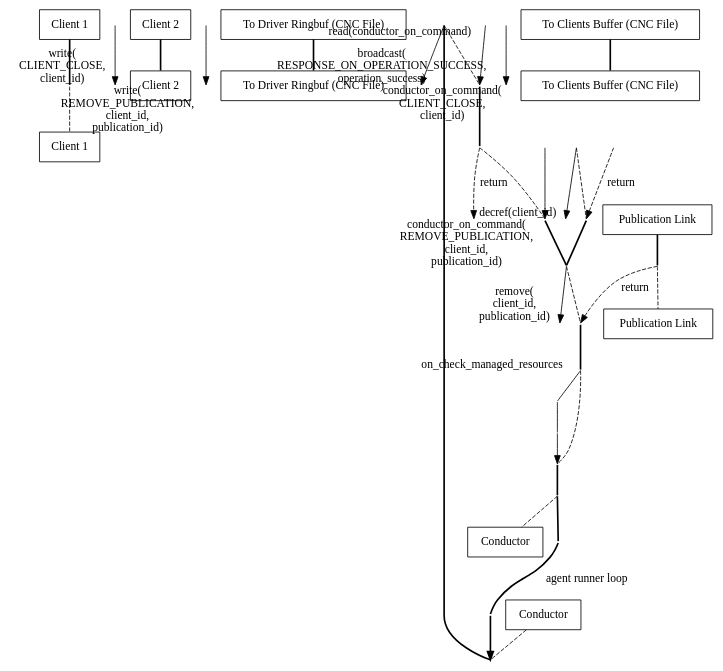
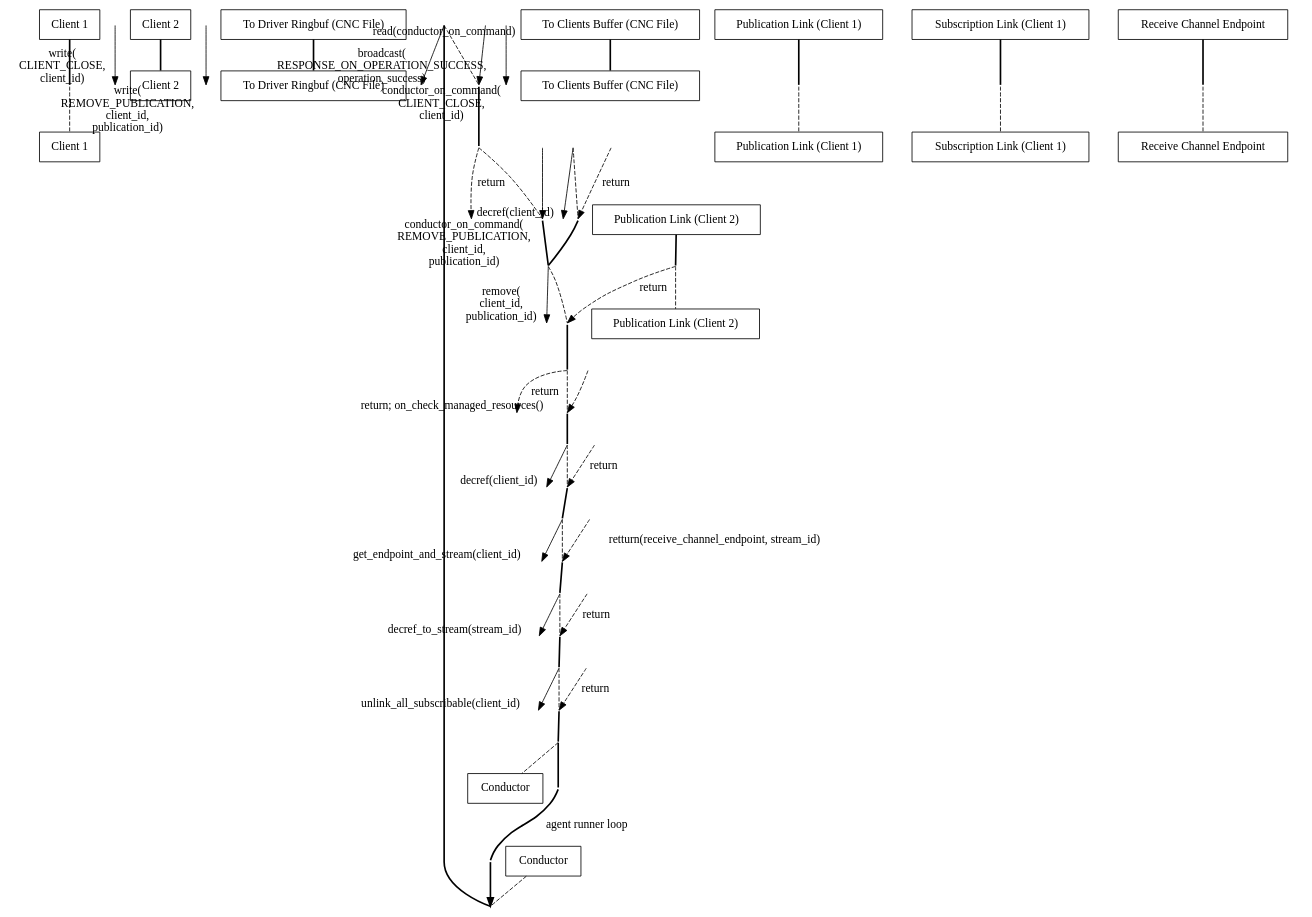
One commit to khklau/aeron-dpdk-driver changed the diagram in doc/remove_publication.dot. Above: the diagram before and after it, drawn with Graphviz.

Commit message:
adding more details to on_check_managed_resources but still some missing

```diff
--- a/doc/remove_publication.dot
+++ b/doc/remove_publication.dot
@@ -1,86 +1,135 @@
 // aeron_client_delete
 
 digraph remove_publication_sequence_diagram {
   client1__head [ label="Client 1" pos="0,0!" shape="record" ];
   client1__write_close [ pos="0,-1!" shape="point" width="0" ]
   client1__destroy [ pos="0,-2!" shape="point" width="0" ]
-  client1__foot [ label="Client 1" pos="0,-15!" shape="record" ];
+  client1__foot [ label="Client 1" pos="0,-27!" shape="record" ];
   client2__head [ label="Client 2" pos="3,0!" shape="record" ];
   client2__write_remove [ pos="3,-2!" shape="point" width="0" ]
-  client2__foot [ label="Client 2" pos="3,-15!" shape="record" ];
+  client2__foot [ label="Client 2" pos="3,-27!" shape="record" ];
   to_driver_ringbuf__head [ label="To Driver Ringbuf (CNC File)" pos="6,0!" shape="record" ];
   on_driver_ringbuf__write_close [ pos="6,-1!" shape="point" width="0" ]
   on_driver_ringbuf__write_remove [ pos="6,-2!" shape="point" width="0" ]
   to_driver_ringbuf__read [ pos="6,-3!" shape="point" width="0" ]
   to_driver_ringbuf__on_cmd_close [ pos="6,-4!" shape="point" width="0" ]
   to_driver_ringbuf__ret_on_cmd_close [ pos="6,-5!" shape="point" width="0" ]
   to_driver_ringbuf__on_cmd_remove [ pos="6,-6!" shape="point" width="0" ]
-  to_driver_ringbuf__foot [ label="To Driver Ringbuf (CNC File)" pos="6,-15!" shape="record" ];
+  to_driver_ringbuf__ret_on_cmd_remove [ pos="6,-12!" shape="point" width="0" ]
+  to_driver_ringbuf__ret_read [ pos="6,-13!" shape="point" width="0" ]
+  to_driver_ringbuf__foot [ label="To Driver Ringbuf (CNC File)" pos="6,-27!" shape="record" ];
   conductor__head [ label="Conductor" pos="9,0!" shape="record" ];
   conductor__loop_begin [ pos="9,-1!" shape="point" width="0" ];
   conductor__ret_loop_begin [ pos="9.5,-1!" shape="point" width="0" ];
   conductor__read [ pos="9,-3!" shape="point" width="0" ]
   conductor__on_cmd_close [ pos="9,-4!" shape="point" width="0" ]
   conductor__ret_on_cmd_close [ pos="9,-5!" shape="point" width="0" ]
   conductor__on_cmd_remove [ pos="9,-6!" shape="point" width="0" ]
-  conductor__decref [ pos="9,-7!" shape="point" width="0" ]
-  conductor__ret_decref [ pos="9,-8!" shape="point" width="0" ]
+  conductor__decref2 [ pos="9,-7!" shape="point" width="0" ]
+  conductor__ret_decref2 [ pos="9,-8!" shape="point" width="0" ]
   conductor__remove [ pos="9,-9!" shape="point" width="0" ]
   conductor__ret_remove [ pos="9,-10!" shape="point" width="0" ]
   conductor__broadcast [ pos="9,-11!" shape="point" width="0" ]
-  conductor__on_check [ pos="9,-12!" shape="point" width="0" ];
-  conductor__begin_on_check [ pos="8.5,-12!" shape="point" width="0" ];
-  conductor__end_on_check [ pos="8.5,-13!" shape="point" width="0" ];
-  conductor__ret_on_check [ pos="9,-13!" shape="point" width="0" ];
-  conductor__loop_end [ pos="9,-14!" shape="point" width="0" ];
-  conductor__ret_loop_end [ pos="9.5,-14!" shape="point" width="0" ];
-  conductor__foot [ label="Conductor" pos="9,-15!" shape="record" ];
+  conductor__ret_on_cmd_remove [ pos="9,-12!" shape="point" width="0" ];
+  conductor__ret_read [ pos="9,-13!" shape="point" width="0" ];
+  conductor__decref1 [ pos="9,-14!" shape="point" width="0" ]
+  conductor__ret_decref1 [ pos="9,-15!" shape="point" width="0" ]
+  conductor__get_end [ pos="9,-16!" shape="point" width="0" ]
+  conductor__ret_get_end [ pos="9,-17!" shape="point" width="0" ]
+  conductor__stream_decref [ pos="9,-18!" shape="point" width="0" ]
+  conductor__ret_stream_decref [ pos="9,-19!" shape="point" width="0" ]
+  conductor__unlink [ pos="9,-20!" shape="point" width="0" ]
+  conductor__ret_unlink [ pos="9,-21!" shape="point" width="0" ]
+  conductor__loop_end [ pos="9,-26!" shape="point" width="0" ];
+  conductor__ret_loop_end [ pos="9.5,-26!" shape="point" width="0" ];
+  conductor__foot [ label="Conductor" pos="9,-27!" shape="record" ];
   to_clients_buffer__head [ label="To Clients Buffer (CNC File)" pos="12,0!" shape="record" ];
   to_clients_buffer__broadcast [ pos="12,-11!" shape="point" width="0" ]
-  to_clients_buffer__foot [ label="To Clients Buffer (CNC File)" pos="12,-15!" shape="record" ];
-  publication_link__head [ label="Publication Link" pos="15,0!" shape="record" ];
-  publication_link__decref [ pos="15,-7!" shape="point" width="0" ]
-  publication_link__ret_decref [ pos="15,-8!" shape="point" width="0" ]
-  publication_link__remove [ pos="15,-9!" shape="point" width="0" ]
-  publication_link__ret_remove [ pos="15,-10!" shape="point" width="0" ]
-  publication_link__foot [ label="Publication Link" pos="15,-15!" shape="record" ];
+  to_clients_buffer__foot [ label="To Clients Buffer (CNC File)" pos="12,-27!" shape="record" ];
+  publication_link1__head [ label="Publication Link (Client 1)" pos="15,0!" shape="record" ];
+  publication_link1__decref1 [ pos="15,-14!" shape="point" width="0" ]
+  publication_link1__ret_decref1 [ pos="15,-15!" shape="point" width="0" ]
+  publication_link1__remove [ pos="15,-19!" shape="point" width="0" ]
+  publication_link1__ret_remove [ pos="15,-26!" shape="point" width="0" ]
+  publication_link1__foot [ label="Publication Link (Client 1)" pos="15,-27!" shape="record" ];
+  publication_link2__head [ label="Publication Link (Client 2)" pos="18,0!" shape="record" ];
+  publication_link2__decref2 [ pos="18,-7!" shape="point" width="0" ]
+  publication_link2__ret_decref2 [ pos="18,-8!" shape="point" width="0" ]
+  publication_link2__remove [ pos="18,-9!" shape="point" width="0" ]
+  publication_link2__ret_remove [ pos="18,-10!" shape="point" width="0" ]
+  publication_link2__foot [ label="Publication Link (Client 2)" pos="18,-27!" shape="record" ];
+  subscription_link__head [ label="Subscription Link (Client 1)" pos="21,0!" shape="record" ];
+  subscription_link__get_end [ pos="21,-16!" shape="point" width="0" ]
+  subscription_link__ret_get_end [ pos="21,-17!" shape="point" width="0" ]
+  subscription_link__unlink [ pos="21,-20!" shape="point" width="0" ]
+  subscription_link__ret_unlink [ pos="21,-21!" shape="point" width="0" ]
+  subscription_link__remove [ pos="21,-25!" shape="point" width="0" ]
+  subscription_link__ret_remove [ pos="21,-26!" shape="point" width="0" ]
+  subscription_link__foot [ label="Subscription Link (Client 1)" pos="21,-27!" shape="record" ];
+  receive_channel_end__head [ label="Receive Channel Endpoint" pos="24,0!" shape="record" ];
+  receive_channel_end__stream_decref [ pos="24,-18!" shape="point" width="0" ]
+  receive_channel_end__ret_stream_decref [ pos="24,-19!" shape="point" width="0" ]
+  receive_channel_end__remove [ pos="24,-25!" shape="point" width="0" ]
+  receive_channel_end__ret_remove [ pos="24,-26!" shape="point" width="0" ]
+  receive_channel_end__foot [ label="Receive Channel Endpoint" pos="24,-27!" shape="record" ];
 
   client1__head -> client1__destroy [ dir="none" style="bold" ]
   client1__destroy -> client1__foot [ dir="none" style="dashed" ]
   client2__head -> client2__foot [ dir="none" style="bold" ]
   to_driver_ringbuf__head -> to_driver_ringbuf__foot [ dir="none" style="bold" ]
   conductor__head -> conductor__loop_begin [ dir="none" style="dashed" ]
   conductor__loop_begin -> conductor__read [ dir="none" style="bold" ]
   conductor__read -> conductor__on_cmd_close [ dir="none" style="dashed" ]
   conductor__on_cmd_close -> conductor__ret_on_cmd_close [ dir="none" style="bold" ]
   conductor__ret_on_cmd_close -> conductor__on_cmd_remove [ dir="none" style="dashed" ]
   conductor__on_cmd_remove -> conductor__remove [ dir="none" style="bold" ]
-  conductor__decref -> conductor__ret_decref [ dir="none" style="dashed" ]
-  conductor__ret_decref -> conductor__remove [ dir="none" style="bold" ]
+  conductor__decref2 -> conductor__ret_decref2 [ dir="none" style="dashed" ]
+  conductor__ret_decref2 -> conductor__remove [ dir="none" style="bold" ]
   conductor__remove -> conductor__ret_remove [ dir="none" style="dashed" ]
-  conductor__ret_remove -> conductor__on_check [ dir="none" style="bold" ]
-  conductor__on_check -> conductor__ret_on_check [ dir="none" style="dashed" ]
-  conductor__ret_on_check -> conductor__loop_end [ dir="none" style="bold" ]
+  conductor__ret_remove -> conductor__ret_on_cmd_remove [ dir="none" style="bold" ]
+  conductor__ret_on_cmd_remove -> conductor__ret_read [ dir="none" style="dashed" ]
+  conductor__ret_read -> conductor__decref1 [ dir="none" style="bold" ]
+  conductor__decref1 -> conductor__ret_decref1 [ dir="none" style="dashed" ]
+  conductor__ret_decref1 -> conductor__get_end [ dir="none" style="bold" ]
+  conductor__get_end -> conductor__ret_get_end [ dir="none" style="dashed" ]
+  conductor__ret_get_end -> conductor__stream_decref [ dir="none" style="bold" ]
+  conductor__stream_decref -> conductor__ret_stream_decref [ dir="none" style="dashed" ]
+  conductor__ret_stream_decref -> conductor__unlink [ dir="none" style="bold" ]
+  conductor__unlink -> conductor__ret_unlink [ dir="none" style="dashed" ]
+  conductor__ret_unlink -> conductor__loop_end [ dir="none" style="bold" ]
   conductor__loop_end -> conductor__foot [ dir="none" style="dashed" ]
   to_clients_buffer__head -> to_clients_buffer__foot [ dir="none" style="bold" ]
-  publication_link__head -> publication_link__ret_remove [ dir="none" style="bold" ]
-  publication_link__ret_remove -> publication_link__foot [ dir="none" style="dashed" ]
+  publication_link1__head -> publication_link1__ret_remove [ dir="none" style="bold" ]
+  publication_link1__ret_remove -> publication_link1__foot [ dir="none" style="dashed" ]
+  publication_link2__head -> publication_link2__ret_remove [ dir="none" style="bold" ]
+  publication_link2__ret_remove -> publication_link2__foot [ dir="none" style="dashed" ]
+  subscription_link__head -> subscription_link__ret_remove [ dir="none" style="bold" ]
+  subscription_link__ret_remove -> subscription_link__foot [ dir="none" style="dashed" ]
+  receive_channel_end__head -> receive_channel_end__ret_remove [ dir="none" style="bold" ]
+  receive_channel_end__ret_remove -> receive_channel_end__foot [ dir="none" style="dashed" ]
 
   client1__write_close -> on_driver_ringbuf__write_close [ headlabel="write( \n CLIENT_CLOSE, \n client_id)" style="solid" ]
   client2__write_remove -> on_driver_ringbuf__write_remove [ headlabel="write( \n REMOVE_PUBLICATION, \n client_id, \n publication_id)" style="solid" ]
-  conductor__on_check -> conductor__begin_on_check [ taillabel="on_check_managed_resources" dir="none" style="solid" ]
-  conductor__begin_on_check -> conductor__end_on_check [ dir="none" style="solid" ]
-  conductor__end_on_check -> conductor__ret_on_check [ style="solid" ]
   conductor__read -> to_driver_ringbuf__read [ taillabel="read(conductor_on_command)" style="solid" ]
   to_driver_ringbuf__on_cmd_close -> conductor__on_cmd_close [ headlabel="conductor_on_command( \n CLIENT_CLOSE, \n client_id)" style="solid" ]
   conductor__ret_on_cmd_close -> to_driver_ringbuf__ret_on_cmd_close [ label="return" style="dashed" ]
   to_driver_ringbuf__on_cmd_remove -> conductor__on_cmd_remove [ headlabel="conductor_on_command( \n REMOVE_PUBLICATION, \n client_id, \n publication_id)" style="solid" ]
-  conductor__decref -> publication_link__decref [ headlabel="decref(client_id)" style="solid" ]
-  publication_link__ret_decref -> conductor__ret_decref [ label="return" style="dashed" ]
-  conductor__remove -> publication_link__remove [ headlabel="remove( \n client_id, \n publication_id)" style="solid" ]
-  publication_link__ret_remove -> conductor__ret_remove [ label="return" style="dashed" ]
+  conductor__decref2 -> publication_link2__decref2 [ headlabel="decref(client_id)" style="solid" ]
+  publication_link2__ret_decref2 -> conductor__ret_decref2 [ label="return" style="dashed" ]
+  conductor__remove -> publication_link2__remove [ headlabel="remove( \n client_id, \n publication_id)" style="solid" ]
+  publication_link2__ret_remove -> conductor__ret_remove [ label="return" style="dashed" ]
   conductor__broadcast -> to_clients_buffer__broadcast [ headlabel="broadcast( \n RESPONSE_ON_OPERATION_SUCCESS, \n operation_success)" style="solid" ]
+  conductor__ret_on_cmd_remove -> to_driver_ringbuf__ret_on_cmd_remove [ label="return" style="dashed" ]
+  to_driver_ringbuf__ret_read -> conductor__ret_read [ headlabel="return; on_check_managed_resources()" style="dashed" ]
+  conductor__decref1 -> publication_link1__decref1 [ headlabel="decref(client_id)" style="solid" ]
+  publication_link1__ret_decref1 -> conductor__ret_decref1  [ label="return" style="dashed" ]
+  conductor__get_end -> subscription_link__get_end [ headlabel="get_endpoint_and_stream(client_id)" style="solid" ]
+  subscription_link__ret_get_end -> conductor__ret_get_end [ label="retturn(receive_channel_endpoint, stream_id)" style="dashed" ]
+  conductor__stream_decref -> receive_channel_end__stream_decref [ headlabel="decref_to_stream(stream_id)" style="solid" ]
+  receive_channel_end__ret_stream_decref -> conductor__ret_stream_decref [ label="return" style="dashed" ]
+  conductor__unlink -> subscription_link__unlink [ headlabel="unlink_all_subscribable(client_id)" style="solid" ]
+  subscription_link__ret_unlink -> conductor__ret_unlink [ label="return" style="dashed" ]
   conductor__loop_end -> conductor__ret_loop_end [ dir="none" style="bold" ]
   conductor__ret_loop_end -> conductor__ret_loop_begin [ label="agent runner loop" dir="none" style="bold" ]
   conductor__ret_loop_begin -> conductor__loop_begin [ style="bold" ]
 }
```
